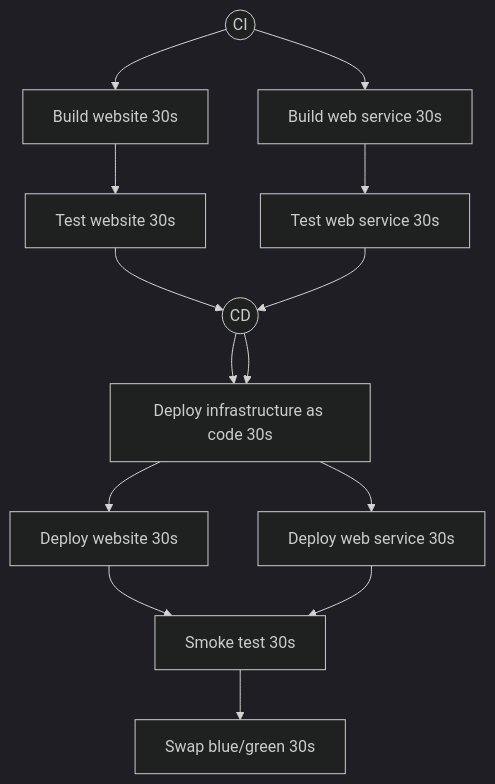
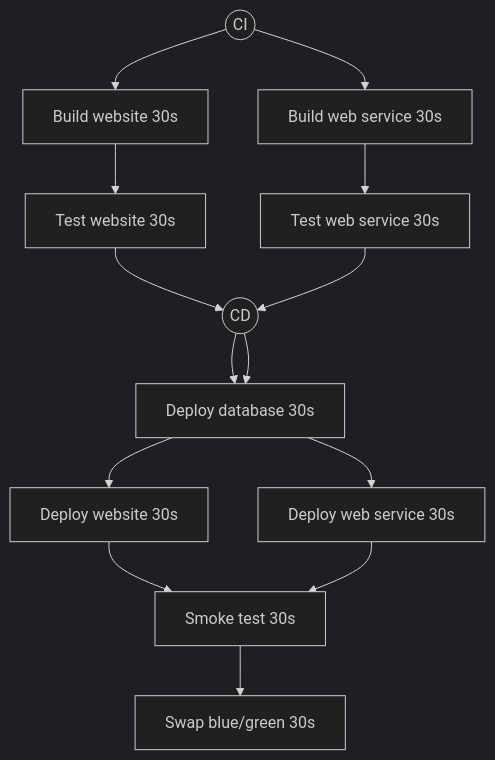
One commit to samsmithnz/ParallelPipelinesDemo changed the second of 2 diagrams in README.md. Above: the diagram before and after it, drawn with Mermaid (dark theme). The commit also changed other lines of this file, not shown here.

````diff
--- a/README.md
+++ b/README.md
@@ -12,6 +12,6 @@
 ```mermaid
   graph TD;
-      ci((CI))-->buildweb[Build website 30s]-->testWebsite[Test website 30s]-->cd((CD))-->deployIAC[Deploy infrastructure as code 30s]-->deployWebsite[Deploy website 30s]-->smoke[Smoke test 30s];
-      ci((CI))-->buildwebservice[Build web service 30s]-->testsWebservice[Test web service 30s]-->cd((CD))-->deployIAC[Deploy infrastructure as code 30s]-->deployWebService[Deploy web service 30s]-->smoke[Smoke test 30s];
+      ci((CI))-->buildweb[Build website 30s]-->testWebsite[Test website 30s]-->cd((CD))-->deployDB[Deploy database 30s]-->deployWebsite[Deploy website 30s]-->smoke[Smoke test 30s];
+      ci((CI))-->buildwebservice[Build web service 30s]-->testsWebservice[Test web service 30s]-->cd((CD))-->deployDB[Deploy database 30s]-->deployWebService[Deploy web service 30s]-->smoke[Smoke test 30s];
       smoke[Smoke test 30s]-->swap[Swap blue/green 30s];
 ```
````
